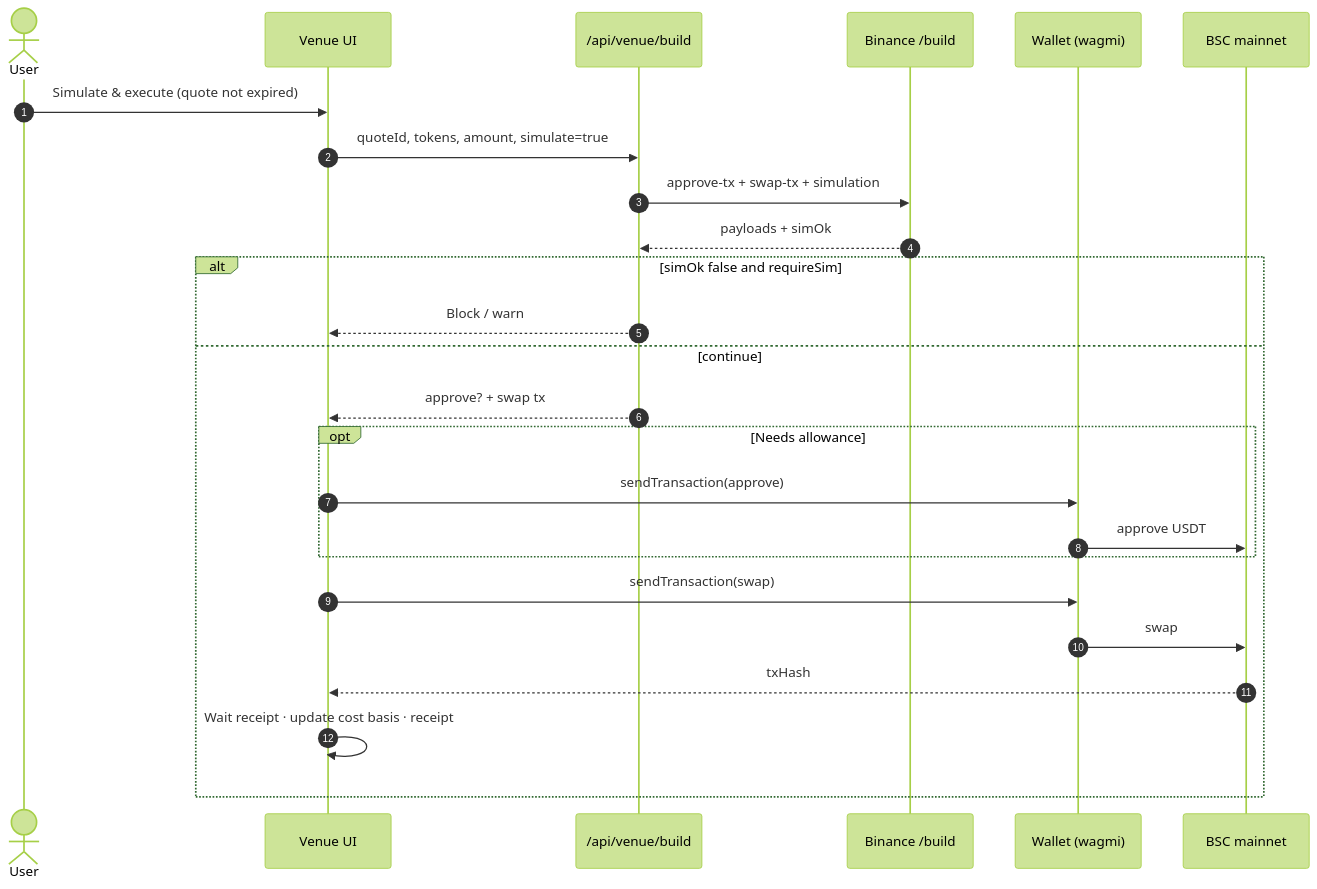
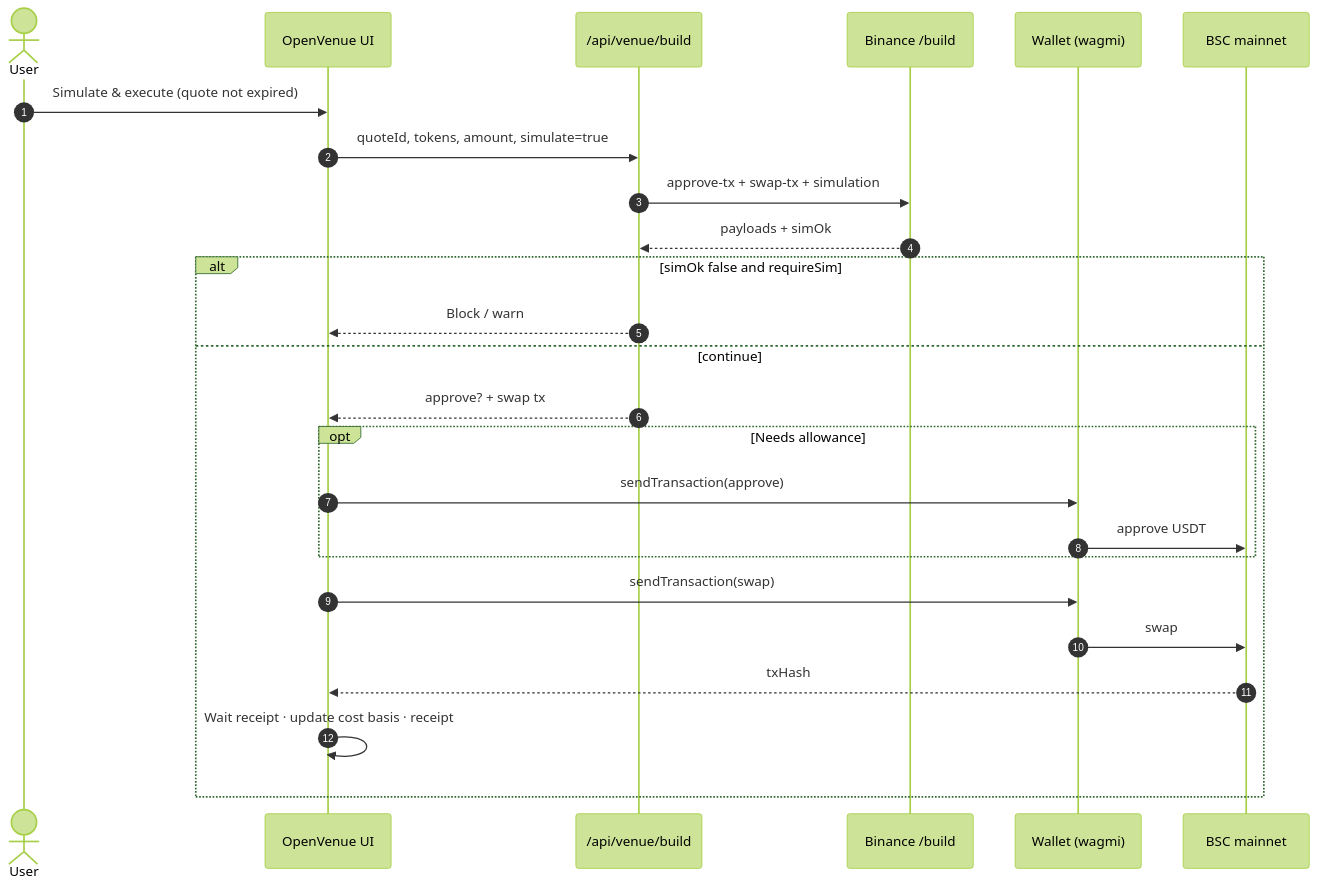
Before and after one commit to AmaanSayyad/OpenVenue: the second of 4 diagrams in README.md, drawn with Mermaid (forest theme). The commit also changed other lines of this file and 28 other files, not shown here.

First line of the commit message:
Rename the desk to OpenVenue.

````diff
--- a/README.md
+++ b/README.md
@@ -266,28 +266,28 @@
 ```mermaid
 sequenceDiagram
   autonumber
   actor U as User
-  participant UI as Venue UI
+  participant UI as OpenVenue UI
   participant Build as /api/venue/build
   participant BX as Binance /build
   participant W as Wallet (wagmi)
   participant BSC as BSC mainnet
 
   U->>UI: Simulate & execute (quote not expired)
   UI->>Build: quoteId, tokens, amount, simulate=true
   Build->>BX: approve-tx + swap-tx + simulation
   BX-->>Build: payloads + simOk
   alt simOk false and requireSim
     Build-->>UI: Block / warn
   else continue
     Build-->>UI: approve? + swap tx
     opt Needs allowance
       UI->>W: sendTransaction(approve)
       W->>BSC: approve USDT
     end
     UI->>W: sendTransaction(swap)
     W->>BSC: swap
     BSC-->>UI: txHash
     UI->>UI: Wait receipt · update cost basis · receipt
   end
 ```
````
